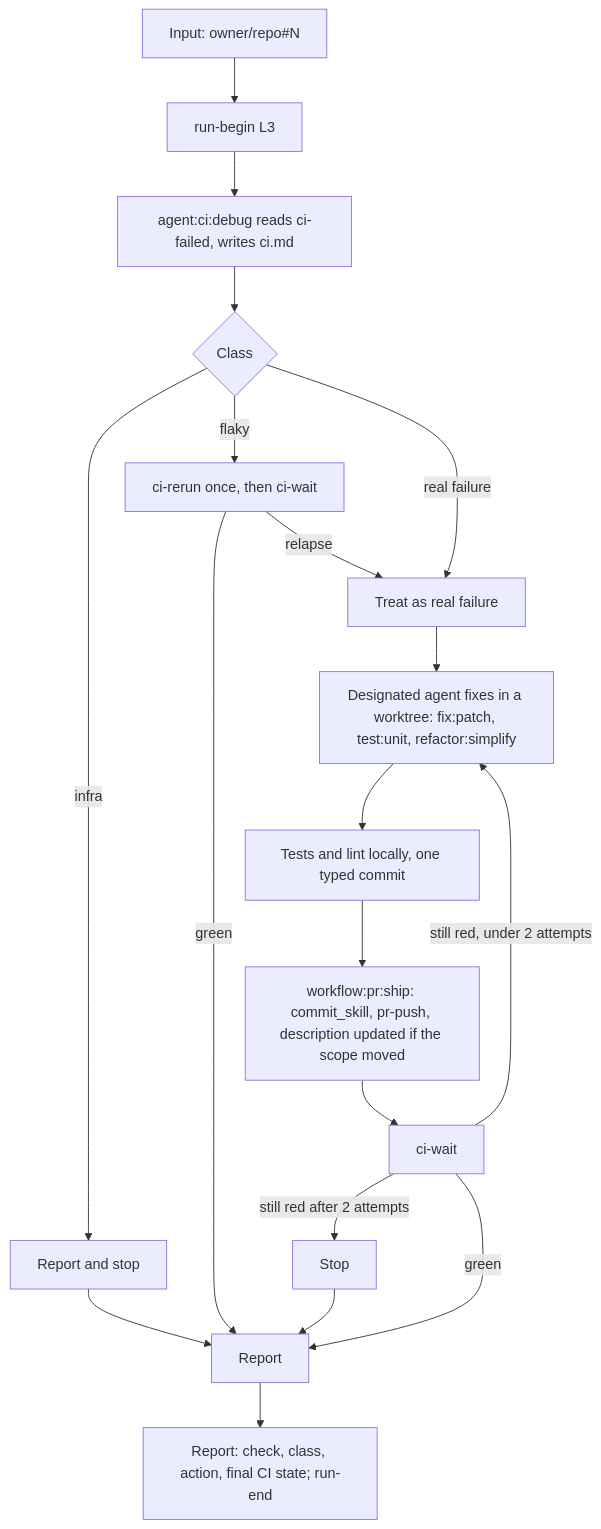
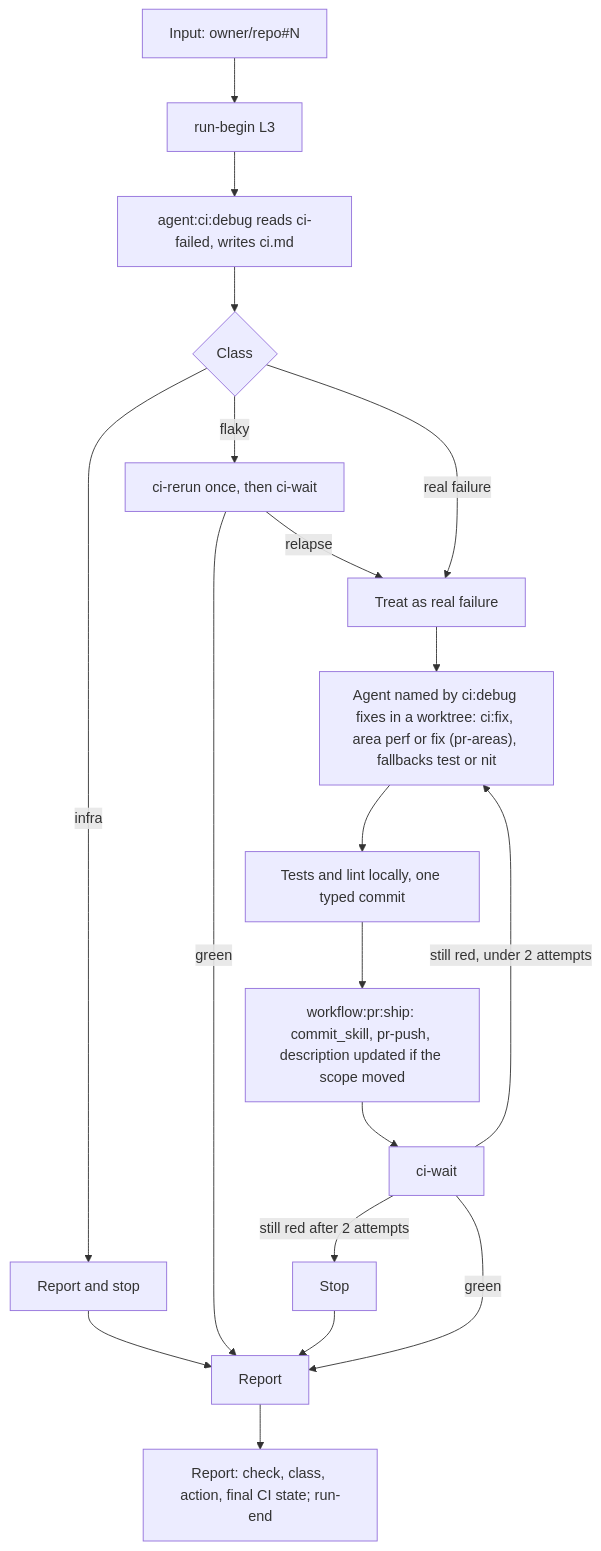
One commit to nicolasmondain/adorno changed the diagram in src/workflows/ci/SCHEMA.md. Above: the diagram before and after it, drawn with Mermaid. The commit also changed 220 other files, not shown here.

First line of the commit message:
feat(areas): map code areas to build, fix, perf, review and qa agents (#12)

````diff
--- a/src/workflows/ci/SCHEMA.md
+++ b/src/workflows/ci/SCHEMA.md
@@ -5,21 +5,21 @@
 ```mermaid
 flowchart TD
   A["Input: owner/repo#N"] --> B["run-begin L3"]
   B --> C["agent:ci:debug reads ci-failed, writes ci.md"]
   C --> D{"Class"}
   D -->|"infra"| E["Report and stop"]
   D -->|"flaky"| F["ci-rerun once, then ci-wait"]
   F -->|"green"| K["Report"]
   F -->|"relapse"| G["Treat as real failure"]
   D -->|"real failure"| G
-  G --> H["Designated agent fixes in a worktree: fix:patch, test:unit, refactor:simplify"]
+  G --> H["Agent named by ci:debug fixes in a worktree: ci:fix, area perf or fix (pr-areas), fallbacks test or nit"]
   H --> I["Tests and lint locally, one typed commit"]
   I --> J["workflow:pr:ship: commit_skill, pr-push, description updated if the scope moved"]
   J --> L["ci-wait"]
   L -->|"still red, under 2 attempts"| H
   L -->|"still red after 2 attempts"| M["Stop"]
   L -->|"green"| K
   E --> K
   M --> K
   K --> N["Report: check, class, action, final CI state; run-end"]
 ```
````
